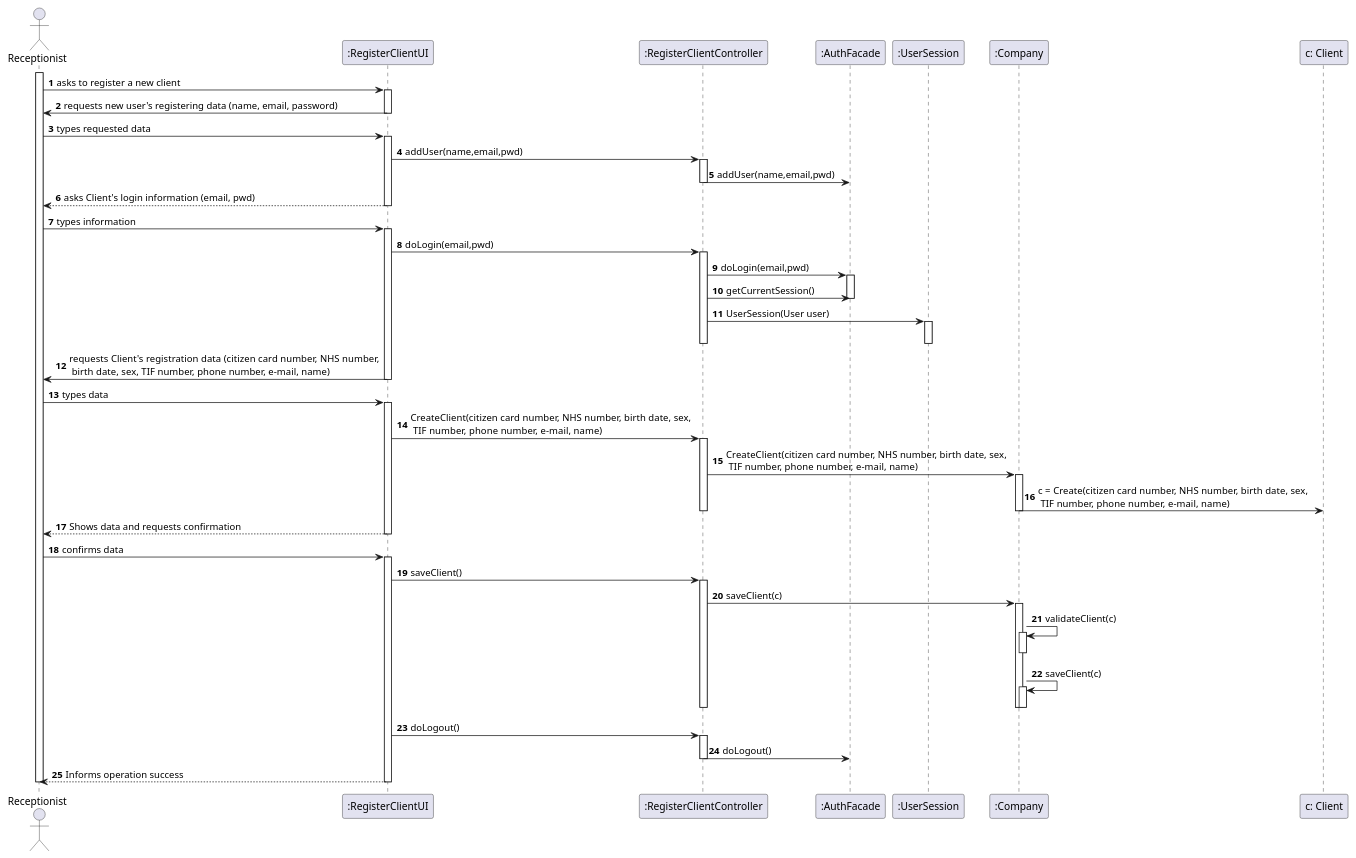
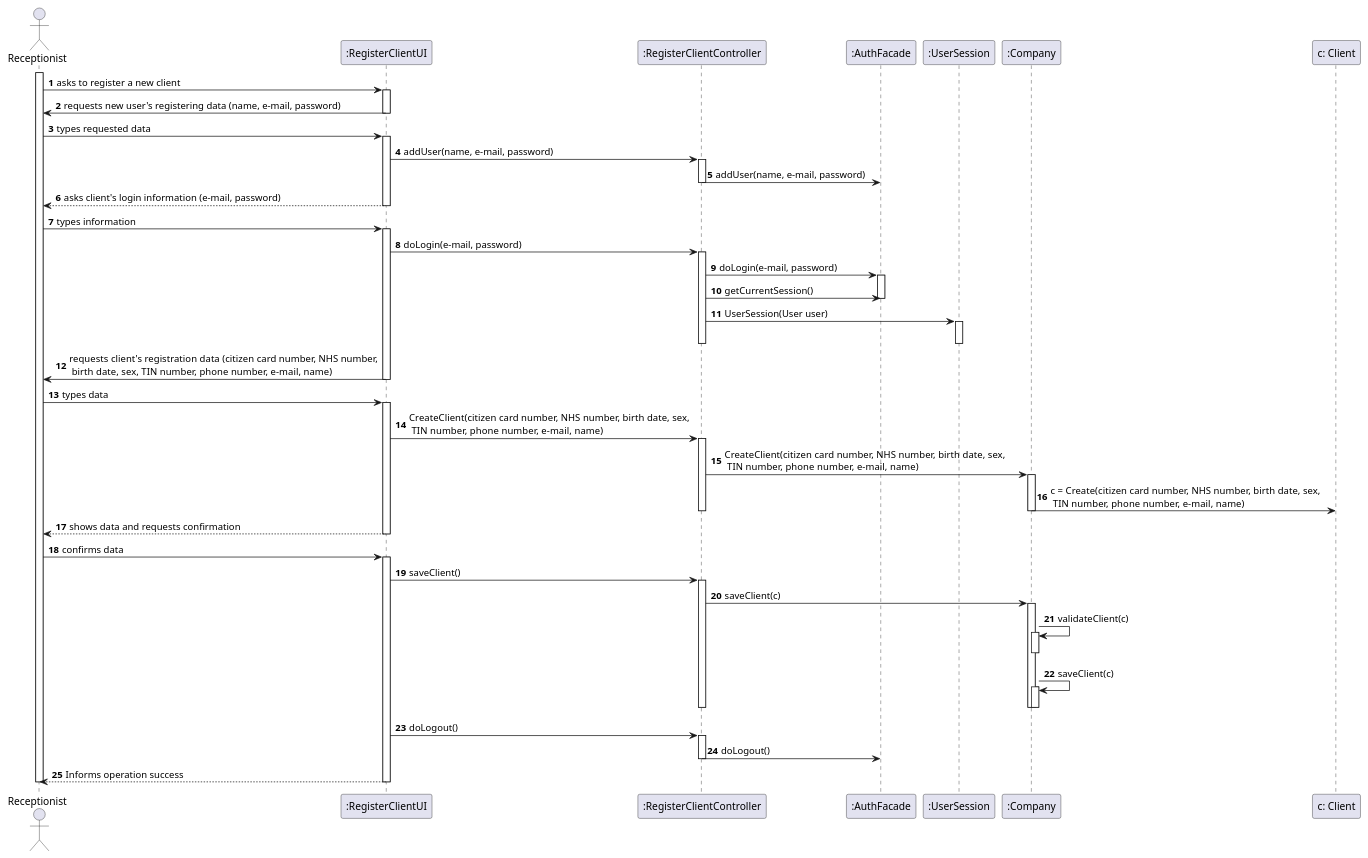
The diagram in docs/SprintB/US03/US3_SD.puml (MarianaCLages/LAPR2), drawn with PlantUML before and after one commit. The commit also changed 4 other files, not shown here.

```diff
--- a/docs/SprintB/US03/US3_SD.puml
+++ b/docs/SprintB/US03/US3_SD.puml
@@ -1,82 +1,82 @@
 @startuml
 autonumber
 
 actor Receptionist as R
 participant ":RegisterClientUI" as UI
 participant ":RegisterClientController" as CTRL
 participant ":AuthFacade" as Auth
 participant ":UserSession" as User
 participant ":Company" as COMPANY
 participant "c: Client" as C
 
 
 activate R
 R -> UI: asks to register a new client
 activate UI
 
-R <- UI: requests new user's registering data (name, email, password)
+R <- UI: requests new user's registering data (name, e-mail, password)
 deactivate UI
 R -> UI: types requested data
 activate UI
-UI -> CTRL : addUser(name,email,pwd)
+UI -> CTRL : addUser(name, e-mail, password)
 activate CTRL
-CTRL -> Auth: addUser(name,email,pwd)
+CTRL -> Auth: addUser(name, e-mail, password)
 deactivate CTRL
 
-UI --> R: asks Client's login information (email, pwd)
+UI --> R: asks client's login information (e-mail, password)
 deactivate UI
 R -> UI: types information
 activate UI
 
-UI -> CTRL : doLogin(email,pwd)
+UI -> CTRL : doLogin(e-mail, password)
 activate CTRL
-CTRL -> Auth: doLogin(email,pwd)
+CTRL -> Auth: doLogin(e-mail, password)
 activate Auth
 CTRL -> Auth: getCurrentSession()
 deactivate Auth
 CTRL -> User: UserSession(User user)
 activate User
 deactivate User
 deactivate CTRL
 
 deactivate CTRL
-UI -> R: requests Client's registration data (citizen card number, NHS number,\n birth date, sex, TIF number, phone number, e-mail, name)
+UI -> R: requests client's registration data (citizen card number, NHS number,\n birth date, sex, TIN number, phone number, e-mail, name)
 deactivate UI
 R -> UI: types data
 activate UI
-UI -> CTRL : CreateClient(citizen card number, NHS number, birth date, sex,\n TIF number, phone number, e-mail, name)
+UI -> CTRL : CreateClient(citizen card number, NHS number, birth date, sex,\n TIN number, phone number, e-mail, name)
 activate CTRL
-CTRL -> COMPANY: CreateClient(citizen card number, NHS number, birth date, sex,\n TIF number, phone number, e-mail, name)
+CTRL -> COMPANY: CreateClient(citizen card number, NHS number, birth date, sex,\n TIN number, phone number, e-mail, name)
 activate COMPANY
 
-COMPANY -> C: c = Create(citizen card number, NHS number, birth date, sex,\n TIF number, phone number, e-mail, name)
+COMPANY -> C: c = Create(citizen card number, NHS number, birth date, sex,\n TIN number, phone number, e-mail, name)
 deactivate COMPANY
 deactivate CTRL
-R <-- UI: Shows data and requests confirmation
+R <-- UI: shows data and requests confirmation
 deactivate UI
 R -> UI: confirms data
 activate UI
 UI-> CTRL : saveClient()
 activate CTRL
 CTRL -> COMPANY: saveClient(c)
 activate COMPANY
 COMPANY -> COMPANY : validateClient(c)
 activate COMPANY
 deactivate COMPANY
 COMPANY -> COMPANY : saveClient(c)
 activate COMPANY
 deactivate COMPANY
 deactivate COMPANY
 deactivate CTRL
 
 deactivate CTRL
 UI -> CTRL: doLogout()
 activate CTRL
 CTRL -> Auth: doLogout()
 deactivate CTRL
 UI --> R : Informs operation success
 deactivate CTRL
 deactivate UI
 deactivate R
 
 @enduml
```
